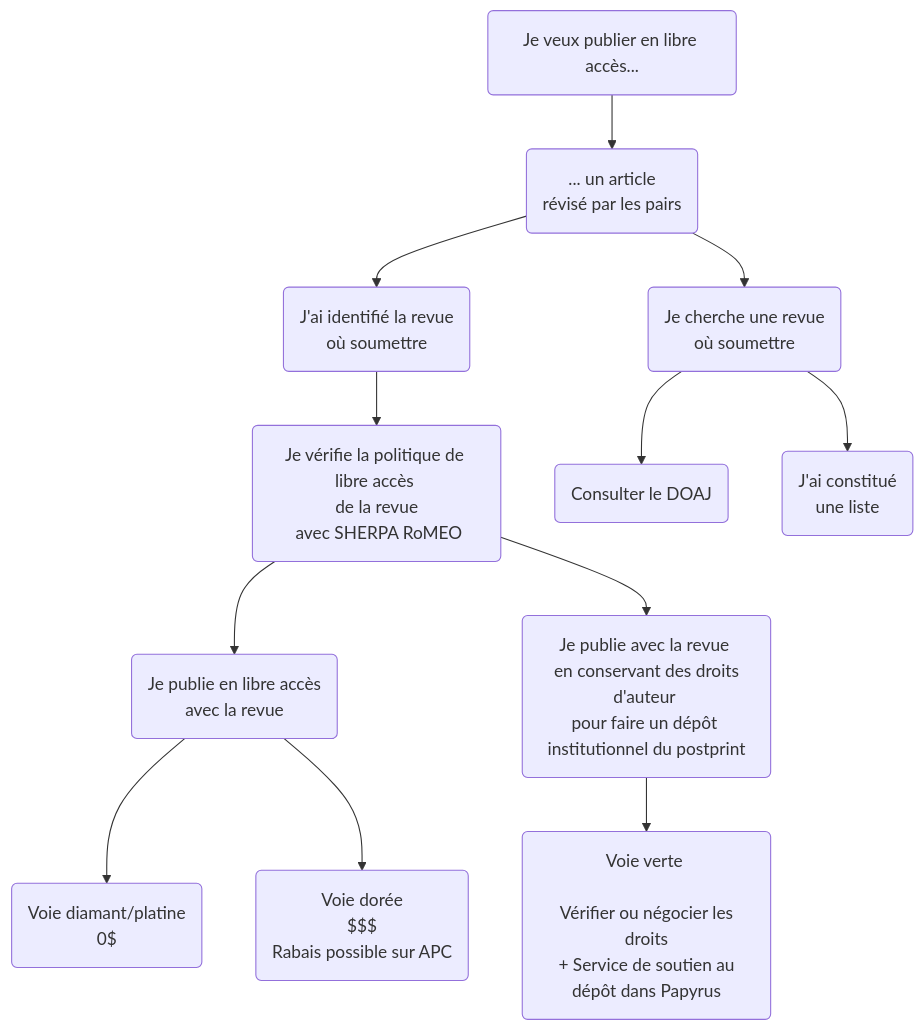
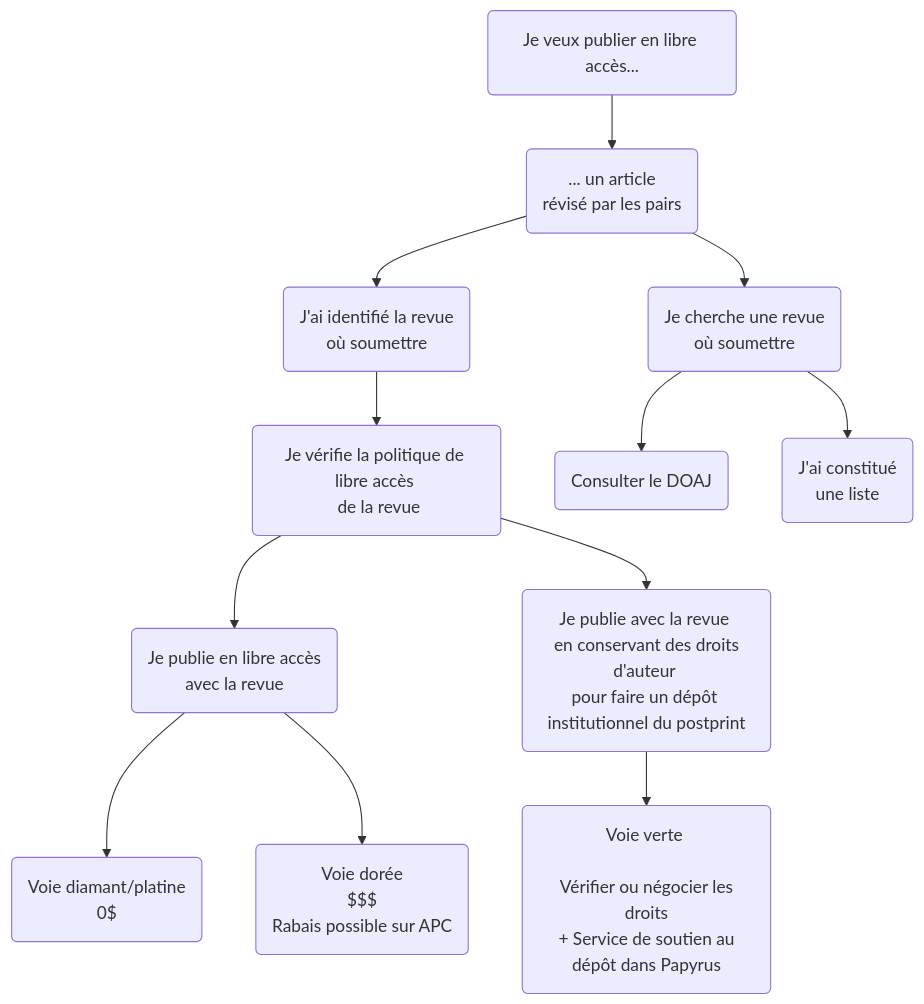
The second of 3 diagrams in chapters/libreacces.qmd (pmartinolli/QMpRD), drawn with Mermaid before and after one commit. The commit also changed other lines of this file and 82 other files, not shown here.

````diff
--- a/chapters/libreacces.qmd
+++ b/chapters/libreacces.qmd
@@ -72,26 +72,26 @@
 ```{mermaid}
     graph TD
         A(Je veux publier en libre accès...)
         
         B(... un article \n révisé par les pairs)  
 
         B1(J'ai identifié la revue \n où soumettre)
-        B11(Je vérifie la politique de libre accès \n de la revue \n avec SHERPA RoMEO)
+        B11(Je vérifie la politique de libre accès \n de la revue)
         B111(Je publie en libre accès \n avec la revue)
         B1111(Voie diamant/platine \n 0$)
         B1112(Voie dorée \n $$$ \n Rabais possible sur APC)
         B112(Je publie avec la revue \n en conservant des droits d'auteur \npour faire un dépôt institutionnel du postprint)
         B1121(Voie verte \n \n Vérifier ou négocier les droits\n + Service de soutien au dépôt dans Papyrus)
 
         B2(Je cherche une revue \n où soumettre)
         B21(Consulter le DOAJ)
         B22(J'ai constitué \n une liste)
 
         A-->B
         B-->B1-->B11-->B111-->B1111
         B111-->B1112
         B11-->B112-->B1121
         B-->B2-->B21
         B2-->B22
 
 ```
````
